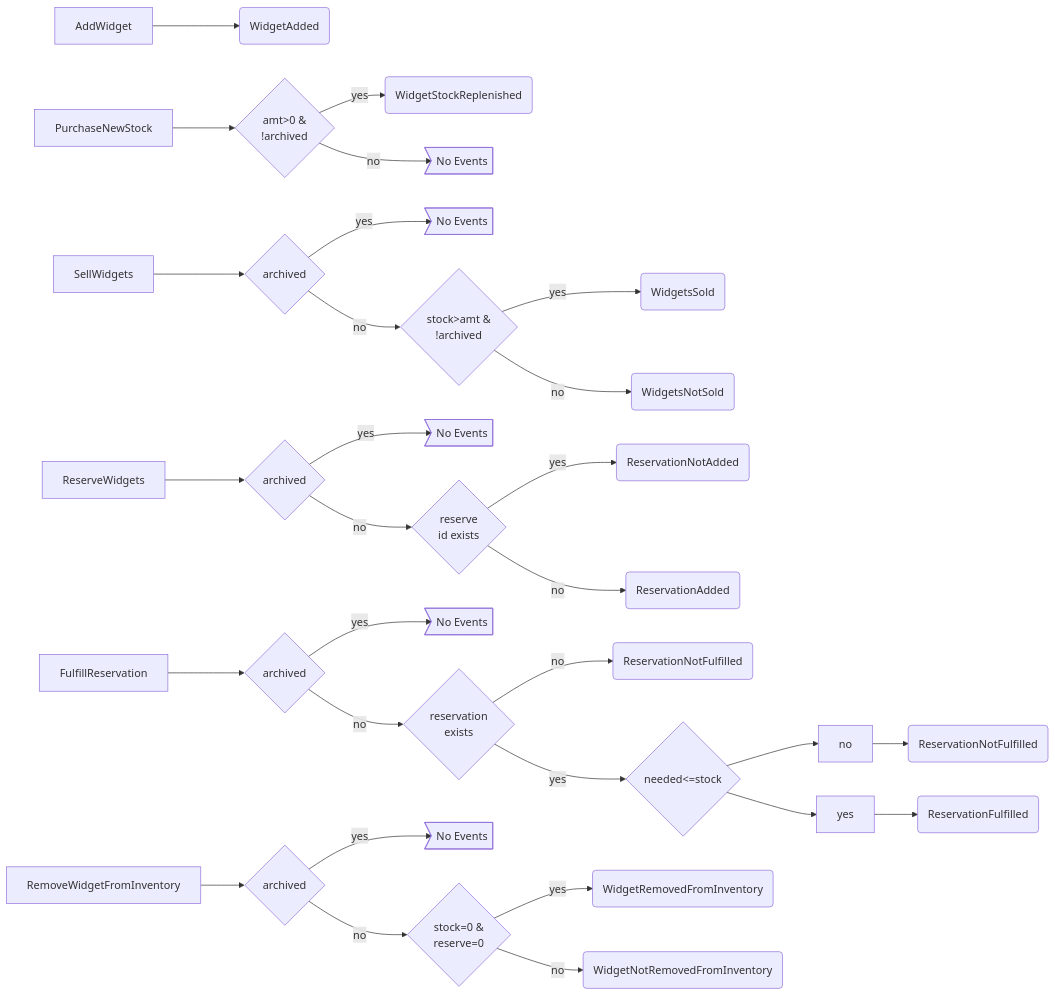
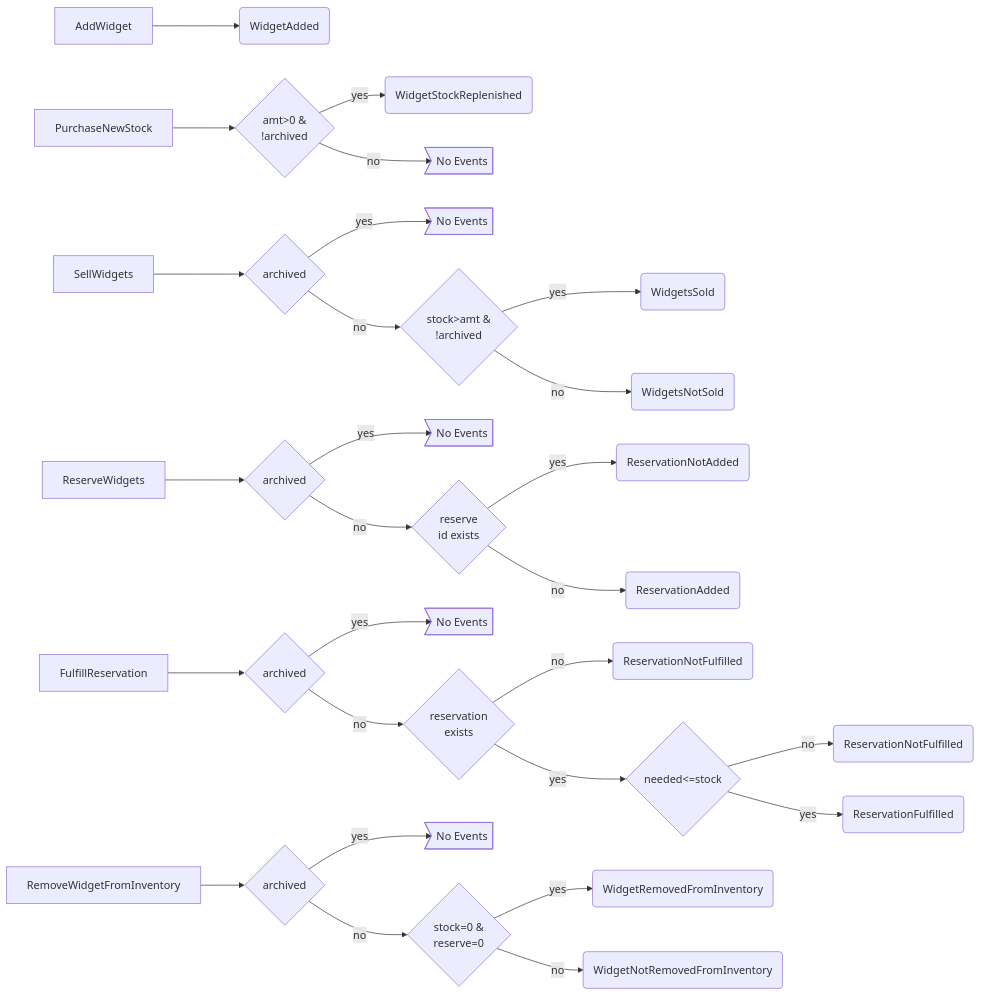
Before and after one commit to flew2bits/Shell: the first of 2 diagrams in Shell/Widget/ReadMe.md, drawn with Mermaid.

Commit message:
fixed arrows for FulfillReservation diagram

````diff
--- a/Shell/Widget/ReadMe.md
+++ b/Shell/Widget/ReadMe.md
@@ -130,34 +130,34 @@
 ```mermaid
 flowchart LR
 A1[AddWidget] --> B1(WidgetAdded)
 
 A2[PurchaseNewStock] --> B2{amt>0 &\n!archived}
 B2 -- yes --> C2(WidgetStockReplenished)
 B2 -- no --> D2>No Events]
 
 A3[SellWidgets] --> E3{archived}
 E3 -- yes --> F3>No Events]
 E3 -- no --> B3{stock>amt &\n!archived}
 B3 -- yes --> C3(WidgetsSold)
 B3 -- no --> D3(WidgetsNotSold)
 
 A4[ReserveWidgets] --> B4{archived}
 B4 -- yes --> C4>No Events]
 B4 -- no --> D4{reserve\nid exists}
 D4 -- yes --> E4(ReservationNotAdded)
 D4 -- no --> F4(ReservationAdded)
 
 A5[FulfillReservation] --> B5{archived}
 B5 -- yes --> C5>No Events]
 B5 -- no --> D5{reservation\nexists}
 D5 -- no --> E5(ReservationNotFulfilled)
 D5 -- yes --> F5{needed<=stock}
-F5 --> no --> G5(ReservationNotFulfilled)
-F5 --> yes --> H5(ReservationFulfilled)
+F5 -- no --> G5(ReservationNotFulfilled)
+F5 -- yes --> H5(ReservationFulfilled)
 
 A6[RemoveWidgetFromInventory] --> B6{archived}
 B6 -- yes --> C6>No Events]
 B6 -- no --> D6{stock=0 &\nreserve=0}
 D6 -- yes --> E6(WidgetRemovedFromInventory)
 D6 -- no --> F6(WidgetNotRemovedFromInventory)
 ```
````
